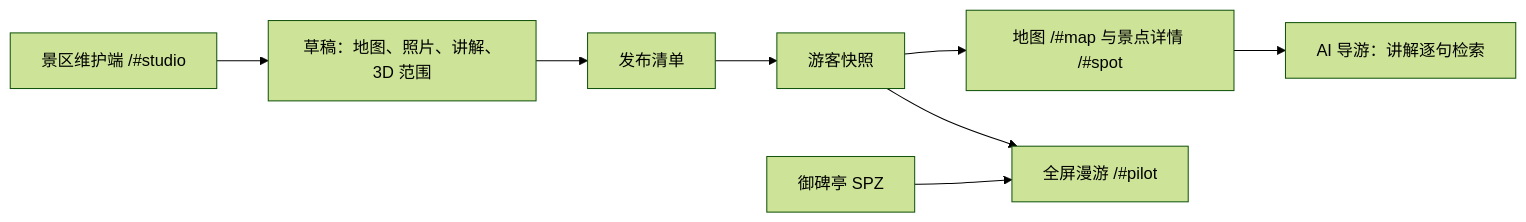
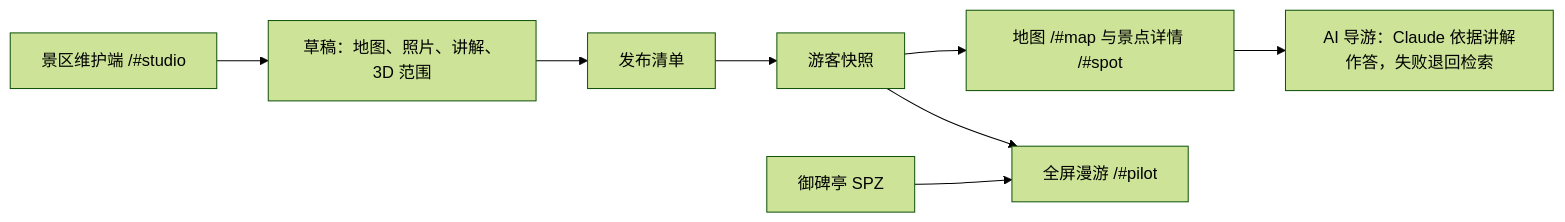
The diagram in docs/技术与服务.md (zhengziyi0117/hackathon-2026), drawn with Mermaid (forest theme) before and after one commit. The commit also changed other lines of this file and 14 other files, not shown here.

````diff
--- a/docs/技术与服务.md
+++ b/docs/技术与服务.md
@@ -9,10 +9,10 @@
 ```mermaid
 flowchart LR
     A[景区维护端 /#studio] --> B[草稿：地图、照片、讲解、3D 范围]
     B --> C[发布清单]
     C --> D[游客快照]
     D --> E[地图 /#map 与景点详情 /#spot]
-    E --> F[AI 导游：讲解逐句检索]
+    E --> F[AI 导游：Claude 依据讲解作答，失败退回检索]
     G[御碑亭 SPZ] --> H[全屏漫游 /#pilot]
     D --> H
 ```
````
